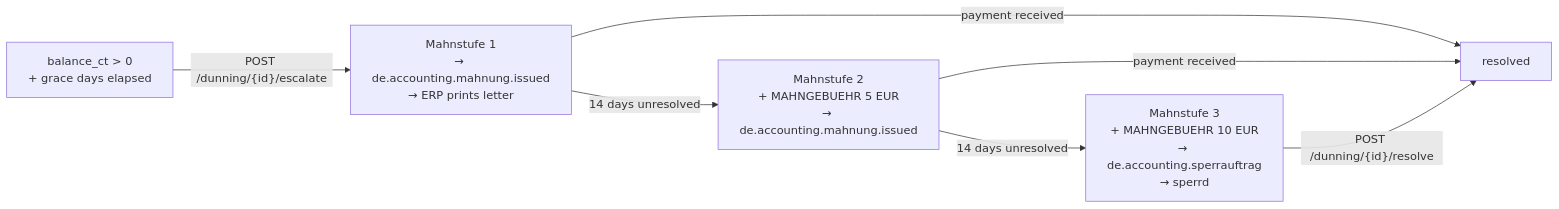
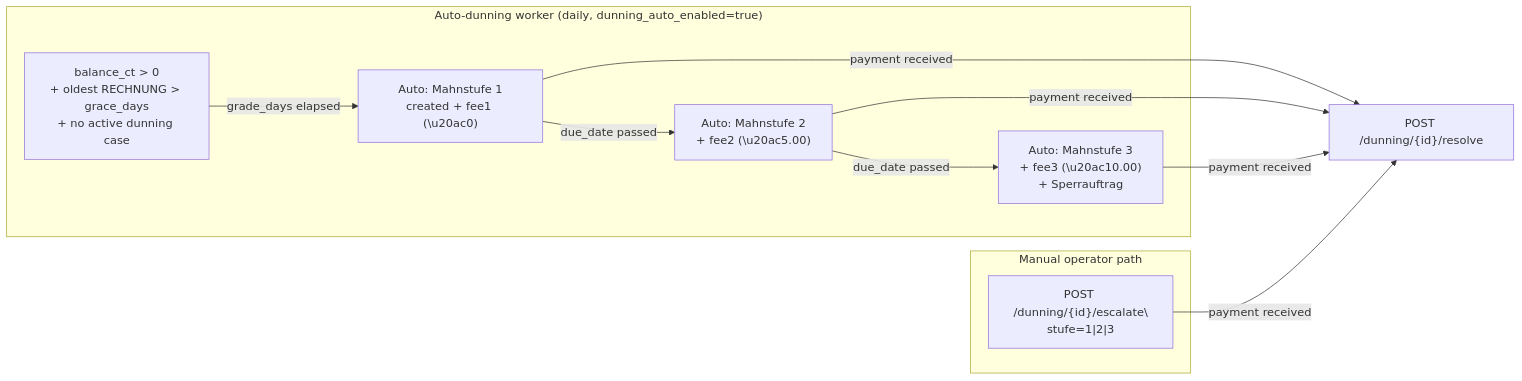
One commit to hupe1980/mako changed the second of 3 diagrams in docs/accountingd.md. Above: the diagram before and after it, drawn with Mermaid. The commit also changed other lines of this file and 132 other files, not shown here.

````diff
--- a/docs/accountingd.md
+++ b/docs/accountingd.md
@@ -86,15 +89,23 @@
 ```mermaid
 graph LR
-    overdue["balance_ct > 0\n+ grace days elapsed"]
-    stufe1["Mahnstufe 1\n→ de.accounting.mahnung.issued\n→ ERP prints letter"]
-    stufe2["Mahnstufe 2\n+ MAHNGEBUEHR 5 EUR\n→ de.accounting.mahnung.issued"]
-    stufe3["Mahnstufe 3\n+ MAHNGEBUEHR 10 EUR\n→ de.accounting.sperrauftrag\n→ sperrd"]
-    resolved["resolved"]
+    subgraph auto ["Auto-dunning worker (daily, dunning_auto_enabled=true)"]
+        trigger["balance_ct > 0\n+ oldest RECHNUNG > grace_days\n+ no active dunning case"]
+        a1["Auto: Mahnstufe 1\ncreated + fee1 (\u20ac0)"]
+        a2["Auto: Mahnstufe 2\n+ fee2 (\u20ac5.00)"]
+        a3["Auto: Mahnstufe 3\n+ fee3 (\u20ac10.00)\n+ Sperrauftrag"]
+        trigger -->|"grade_days elapsed"| a1
+        a1 -->|"due_date passed"| a2
+        a2 -->|"due_date passed"| a3
+    end
 
-    overdue -->|"POST /dunning/{id}/escalate"| stufe1
-    stufe1 -->|"14 days unresolved"| stufe2
-    stufe2 -->|"14 days unresolved"| stufe3
-    stufe1 -->|"payment received"| resolved
-    stufe2 -->|"payment received"| resolved
-    stufe3 -->|"POST /dunning/{id}/resolve"| resolved
+    subgraph manual ["Manual operator path"]
+        m1["POST /dunning/{id}/escalate\
+stufe=1|2|3"]
+    end
+
+    resolved["POST /dunning/{id}/resolve"]
+    a1 -->|"payment received"| resolved
+    a2 -->|"payment received"| resolved
+    a3 -->|"payment received"| resolved
+    m1 -->|"payment received"| resolved
 ```
````
